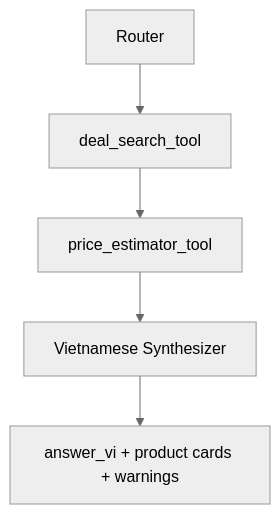
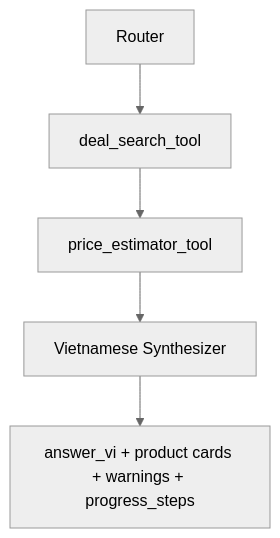
Before and after one commit to Sunny-sunnyy/DACN3: the diagram in shopping_assistant_v3/guides/agent_architecture.md, drawn with Mermaid (neutral theme). The commit also changed other lines of this file and 9 other files, not shown here.

````diff
--- a/shopping_assistant_v3/guides/agent_architecture.md
+++ b/shopping_assistant_v3/guides/agent_architecture.md
@@ -19,7 +25,7 @@
 ```mermaid
 flowchart TD
     Router[Router] --> Search[deal_search_tool]
     Search --> Pricing[price_estimator_tool]
     Pricing --> Synth[Vietnamese Synthesizer]
-    Synth --> Output[answer_vi + product cards + warnings]
+    Synth --> Output[answer_vi + product cards + warnings + progress_steps]
 ```
````
